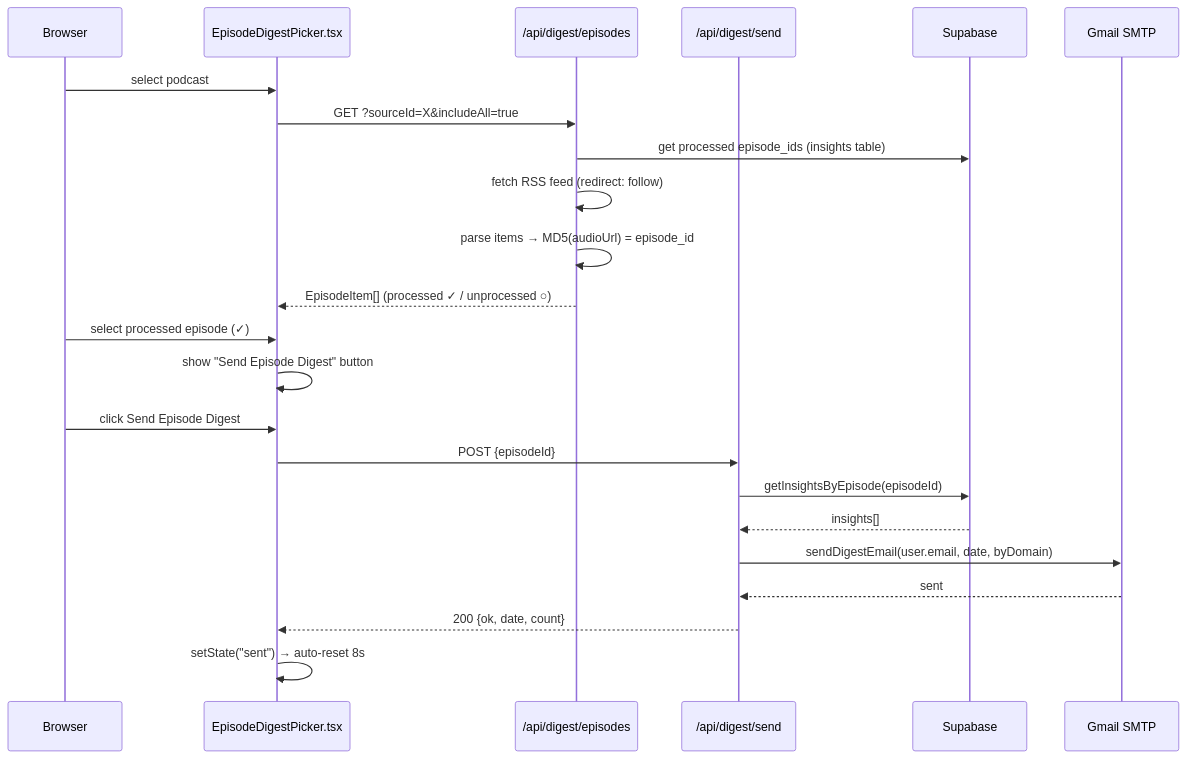
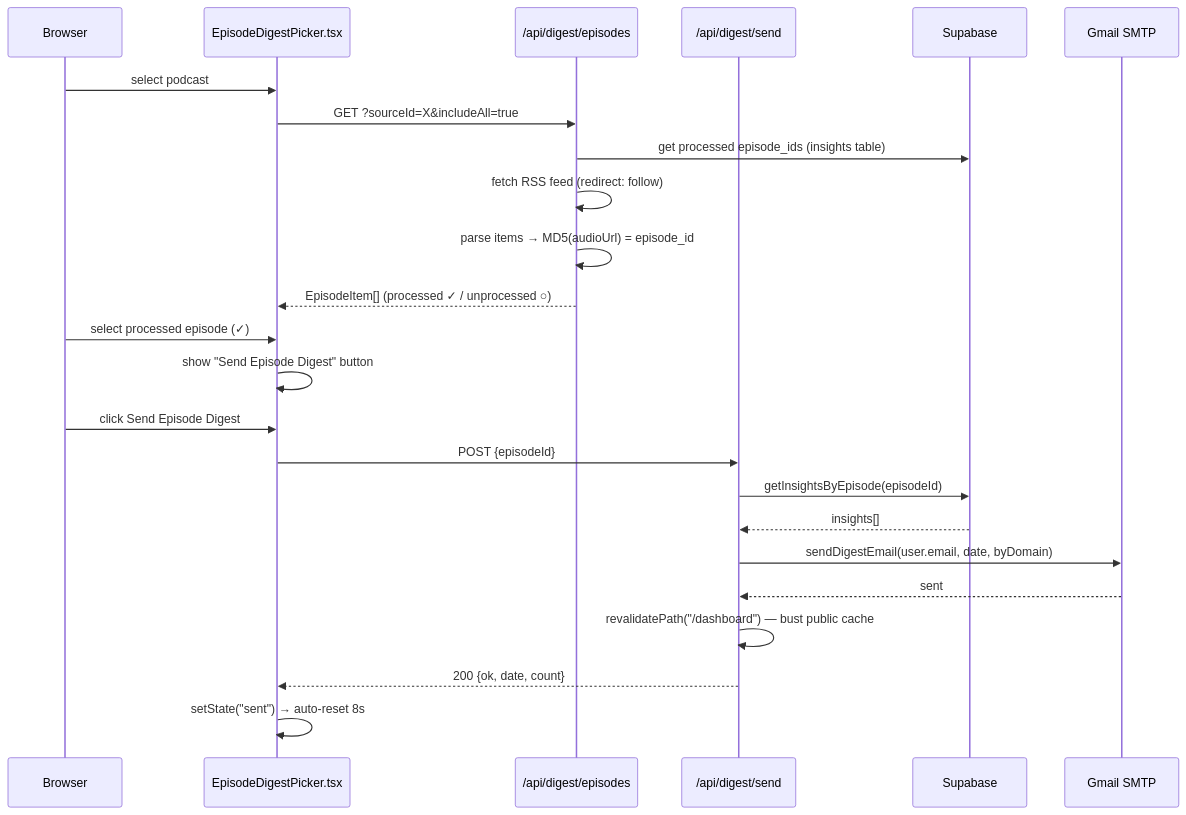
The ninth of 11 diagrams in docs/request-workflow.md (vtghub/PodcastsSummarizer), drawn with Mermaid before and after one commit. The commit also changed other lines of this file and 1 other file, not shown here.

Commit message:
docs: update features table and workflow diagrams post-PRs #42 and #43

````diff
--- a/docs/request-workflow.md
+++ b/docs/request-workflow.md
@@ -237,28 +237,29 @@
 ```mermaid
 sequenceDiagram
     participant B as Browser
     participant PICKER as EpisodeDigestPicker.tsx
     participant EAPI as /api/digest/episodes
     participant SAPI as /api/digest/send
     participant DB as Supabase
     participant MAIL as Gmail SMTP
 
     B->>PICKER: select podcast
     PICKER->>EAPI: GET ?sourceId=X&includeAll=true
     EAPI->>DB: get processed episode_ids (insights table)
     EAPI->>EAPI: fetch RSS feed (redirect: follow)
     EAPI->>EAPI: parse items → MD5(audioUrl) = episode_id
     EAPI-->>PICKER: EpisodeItem[] (processed ✓ / unprocessed ○)
 
     B->>PICKER: select processed episode (✓)
     PICKER->>PICKER: show "Send Episode Digest" button
 
     B->>PICKER: click Send Episode Digest
     PICKER->>SAPI: POST {episodeId}
     SAPI->>DB: getInsightsByEpisode(episodeId)
     DB-->>SAPI: insights[]
     SAPI->>MAIL: sendDigestEmail(user.email, date, byDomain)
     MAIL-->>SAPI: sent
+    SAPI->>SAPI: revalidatePath("/dashboard") — bust public cache
     SAPI-->>PICKER: 200 {ok, date, count}
     PICKER->>PICKER: setState("sent") → auto-reset 8s
 ```
````
